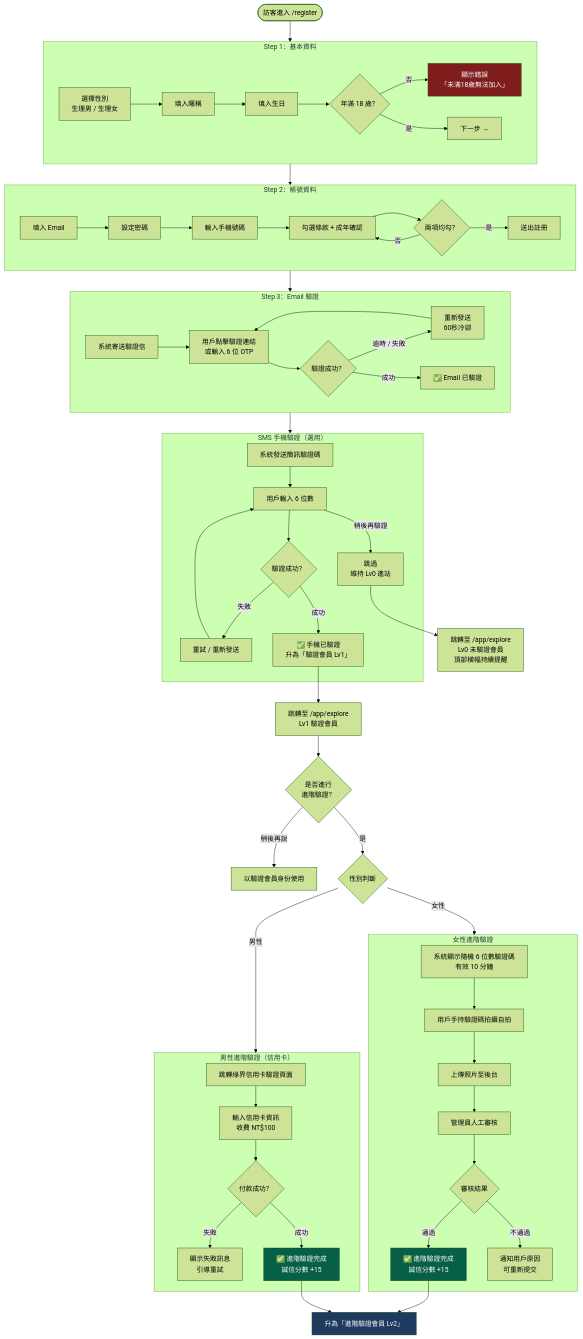
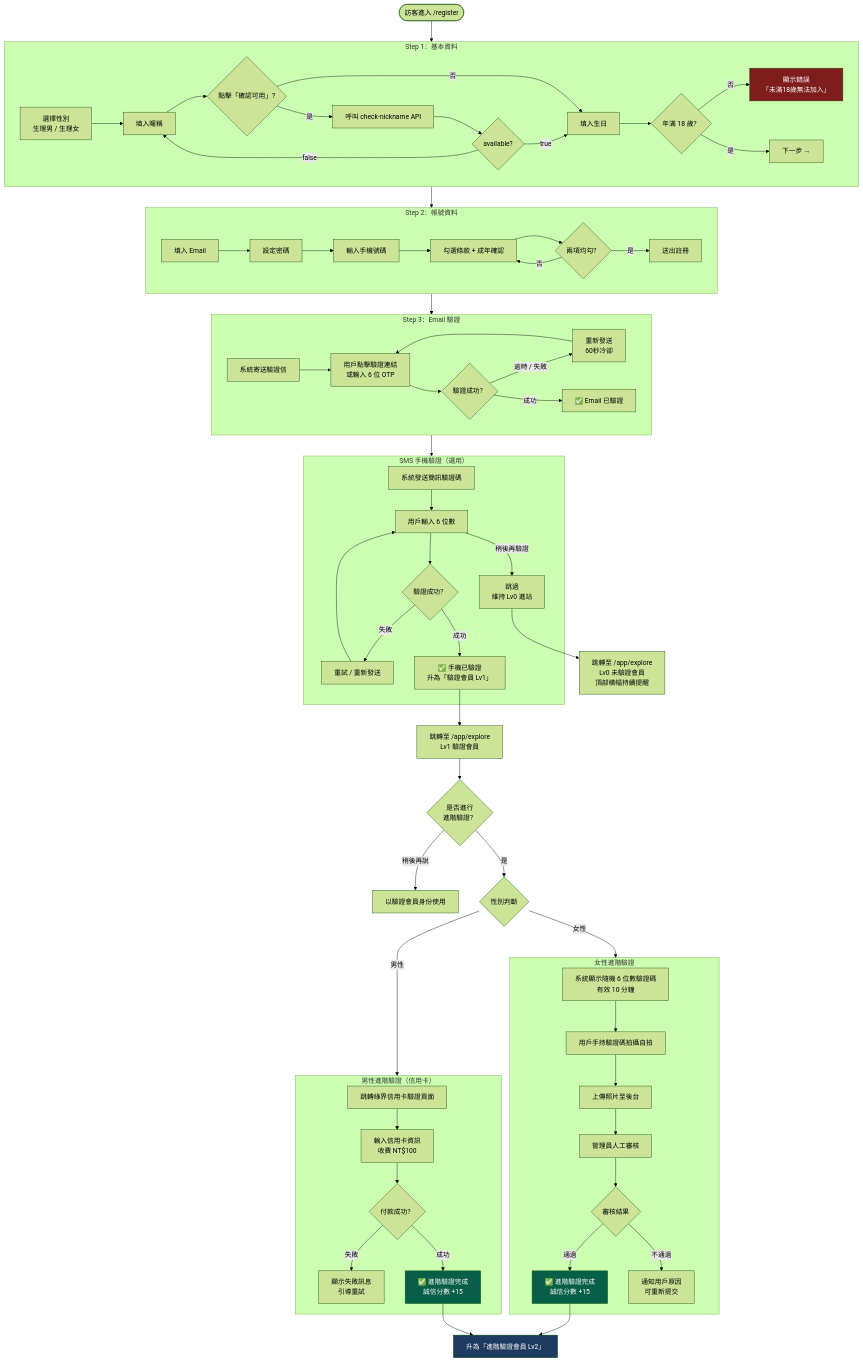
One commit to lunarwind/mimeet changed the second of 12 diagrams in docs/UF-001_用戶流程圖.md. Above: the diagram before and after it, drawn with Mermaid (forest theme). The commit also changed 7 other files, not shown here.

Commit message:
feat(auth): add nickname availability check on register Step 1

````diff
--- a/docs/UF-001_用戶流程圖.md
+++ b/docs/UF-001_用戶流程圖.md
@@ -90,76 +90,81 @@
 ```mermaid
 flowchart TD
     START([訪客進入 /register]) --> STEP1
 
     subgraph STEP1 [Step 1：基本資料]
         S1A[選擇性別\n生理男 / 生理女] --> S1B[填入暱稱]
-        S1B --> S1C[填入生日]
+        S1B --> S1B_CHECK{點擊「確認可用」?}
+        S1B_CHECK -->|否| S1C[填入生日]
+        S1B_CHECK -->|是| S1B_API[呼叫 check-nickname API]
+        S1B_API --> S1B_RESULT{available?}
+        S1B_RESULT -->|true| S1C
+        S1B_RESULT -->|false| S1B
         S1C --> AGE{年滿 18 歲？}
         AGE -->|否| AGE_BLOCK[顯示錯誤\n「未滿18歲無法加入」]
         AGE -->|是| S1D[下一步 →]
     end
 
     subgraph STEP2 [Step 2：帳號資料]
         S2A[填入 Email] --> S2B[設定密碼]
         S2B --> S2C[輸入手機號碼]
         S2C --> S2D[勾選條款 + 成年確認]
         S2D --> TERMS{兩項均勾？}
         TERMS -->|否| S2D
         TERMS -->|是| S2E[送出註冊]
     end
 
     subgraph STEP3 [Step 3：Email 驗證]
         S3A[系統寄送驗證信] --> S3B[用戶點擊驗證連結\n或輸入 6 位 OTP]
         S3B --> EMAIL_OK{驗證成功？}
         EMAIL_OK -->|逾時 / 失敗| S3C[重新發送\n60秒冷卻]
         S3C --> S3B
         EMAIL_OK -->|成功| S3D[✅ Email 已驗證]
     end
 
     subgraph SMS [SMS 手機驗證（選用）]
         SMS_A[系統發送簡訊驗證碼] --> SMS_B[用戶輸入 6 位數]
         SMS_B --> SMS_OK{驗證成功？}
         SMS_OK -->|失敗| SMS_C[重試 / 重新發送]
         SMS_C --> SMS_B
         SMS_OK -->|成功| SMS_D[✅ 手機已驗證\n升為「驗證會員 Lv1」]
         SMS_B -->|稍後再驗證| SMS_SKIP[跳過\n維持 Lv0 進站]
     end
 
     STEP1 --> STEP2 --> STEP3 --> SMS
     SMS_D --> EXPLORE
     SMS_SKIP --> EXPLORE_LV0
 
     EXPLORE[跳轉至 /app/explore\nLv1 驗證會員]
     EXPLORE_LV0[跳轉至 /app/explore\nLv0 未驗證會員\n頂部橫幅持續提醒]
 
     EXPLORE --> ADV_GATE{是否進行\n進階驗證？}
     ADV_GATE -->|稍後再說| BASIC_USE[以驗證會員身份使用]
     ADV_GATE -->|是| GENDER_SPLIT{性別判斷}
 
     subgraph FEMALE_VERIFY [女性進階驗證]
         FV1[系統顯示隨機 6 位數驗證碼\n有效 10 分鐘] --> FV2[用戶手持驗證碼拍攝自拍]
         FV2 --> FV3[上傳照片至後台]
         FV3 --> FV4[管理員人工審核]
         FV4 --> FV5{審核結果}
         FV5 -->|通過| FV6[✅ 進階驗證完成\n誠信分數 +15]
         FV5 -->|不通過| FV7[通知用戶原因\n可重新提交]
     end
 
     subgraph MALE_VERIFY [男性進階驗證（信用卡）]
         MV1[跳轉綠界信用卡驗證頁面] --> MV2[輸入信用卡資訊\n收費 NT$100]
         MV2 --> MV3{付款成功？}
         MV3 -->|失敗| MV4[顯示失敗訊息\n引導重試]
         MV3 -->|成功| MV5[✅ 進階驗證完成\n誠信分數 +15]
     end
 
     GENDER_SPLIT -->|女性| FEMALE_VERIFY
     GENDER_SPLIT -->|男性| MALE_VERIFY
 
     FV6 --> LEVEL2[升為「進階驗證會員 Lv2」]
     MV5 --> LEVEL2
 
     style FV6 fill:#065f46,color:#fff
     style MV5 fill:#065f46,color:#fff
     style LEVEL2 fill:#1e3a5f,color:#fff
     style AGE_BLOCK fill:#7f1d1d,color:#fff
 ```
````
